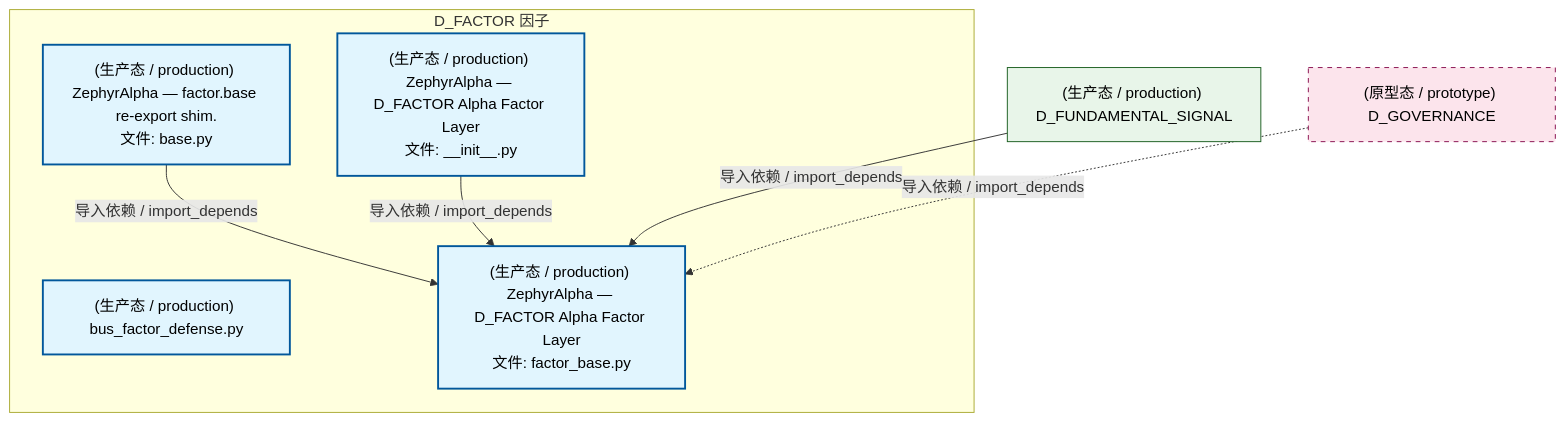
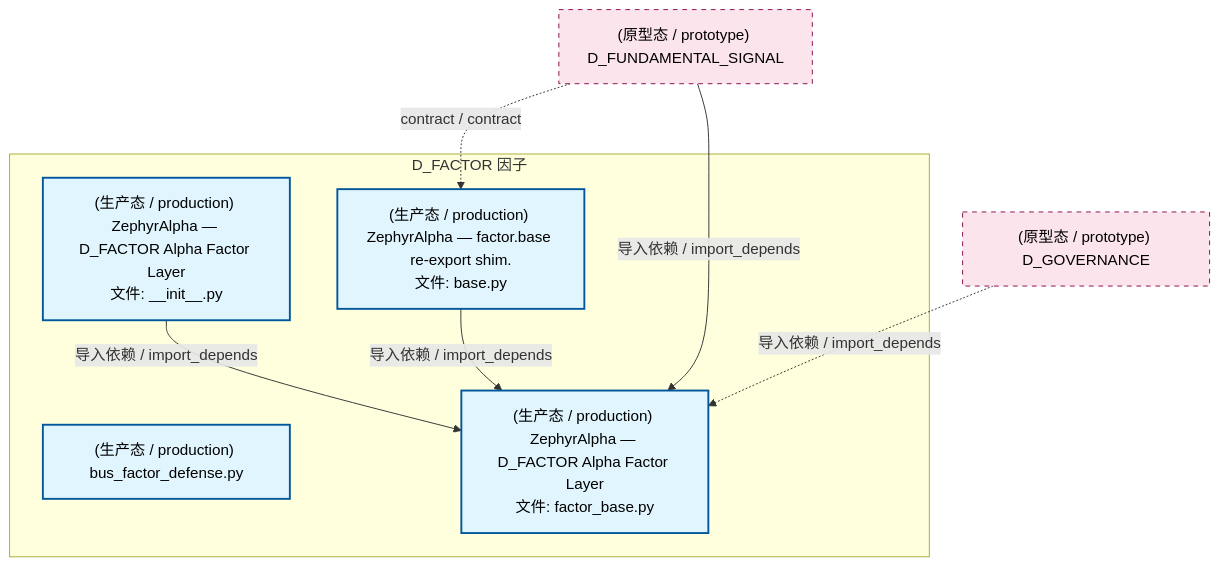
The second of 4 diagrams in docs/02_enterprise_architecture/02_domain_architecture_docs/29_d_factor.md (xuanFelixVan/ZephyrAlpha), drawn with Mermaid before and after one commit. The commit also changed other lines of this file and 99 other files, not shown here.

````diff
--- a/docs/02_enterprise_architecture/02_domain_architecture_docs/29_d_factor.md
+++ b/docs/02_enterprise_architecture/02_domain_architecture_docs/29_d_factor.md
@@ -118,22 +123,22 @@
 ```mermaid
 graph TD
     subgraph D_FACTOR["D_FACTOR 因子"]
         src_zephyr_factor_init_py["(生产态 / production) ZephyrAlpha — D_FACTOR Alpha Factor Layer<br/>文件: __init__.py"]
         src_zephyr_factor_base_py["(生产态 / production) ZephyrAlpha — factor.base re-export shim.<br/>文件: base.py"]
         src_zephyr_factor_bus_factor_defense_py["(生产态 / production) bus_factor_defense.py"]
         src_zephyr_factor_factor_base_py["(生产态 / production) ZephyrAlpha — D_FACTOR Alpha Factor Layer<br/>文件: factor_base.py"]
     end
+    src_zephyr_factor_init_py -->|导入依赖 / import_depends| src_zephyr_factor_factor_base_py
     src_zephyr_factor_base_py -->|导入依赖 / import_depends| src_zephyr_factor_factor_base_py
-    src_zephyr_factor_init_py -->|导入依赖 / import_depends| src_zephyr_factor_factor_base_py
-    D_FUNDAMENTAL_SIGNAL["(生产态 / production) D_FUNDAMENTAL_SIGNAL"]
+    D_FUNDAMENTAL_SIGNAL["(原型态 / prototype) D_FUNDAMENTAL_SIGNAL"]
+    D_FUNDAMENTAL_SIGNAL -.->|contract / contract| src_zephyr_factor_base_py
     D_FUNDAMENTAL_SIGNAL -->|导入依赖 / import_depends| src_zephyr_factor_factor_base_py
     D_GOVERNANCE["(原型态 / prototype) D_GOVERNANCE"]
     D_GOVERNANCE -.->|导入依赖 / import_depends| src_zephyr_factor_factor_base_py
     classDef production fill:#e1f5fe,stroke:#01579b,stroke-width:2px,color:#000
     classDef design fill:#fff3e0,stroke:#e65100,stroke-width:2px,color:#000,stroke-dasharray: 5 5
     classDef external_prod fill:#e8f5e9,stroke:#1b5e20,stroke-width:1px,color:#000
     classDef external_design fill:#fce4ec,stroke:#880e4f,stroke-width:1px,color:#000,stroke-dasharray: 5 5
     class src_zephyr_factor_init_py,src_zephyr_factor_base_py,src_zephyr_factor_bus_factor_defense_py,src_zephyr_factor_factor_base_py production
-    class D_FUNDAMENTAL_SIGNAL external_prod
-    class D_GOVERNANCE external_design
+    class D_FUNDAMENTAL_SIGNAL,D_GOVERNANCE external_design
 ```
````
